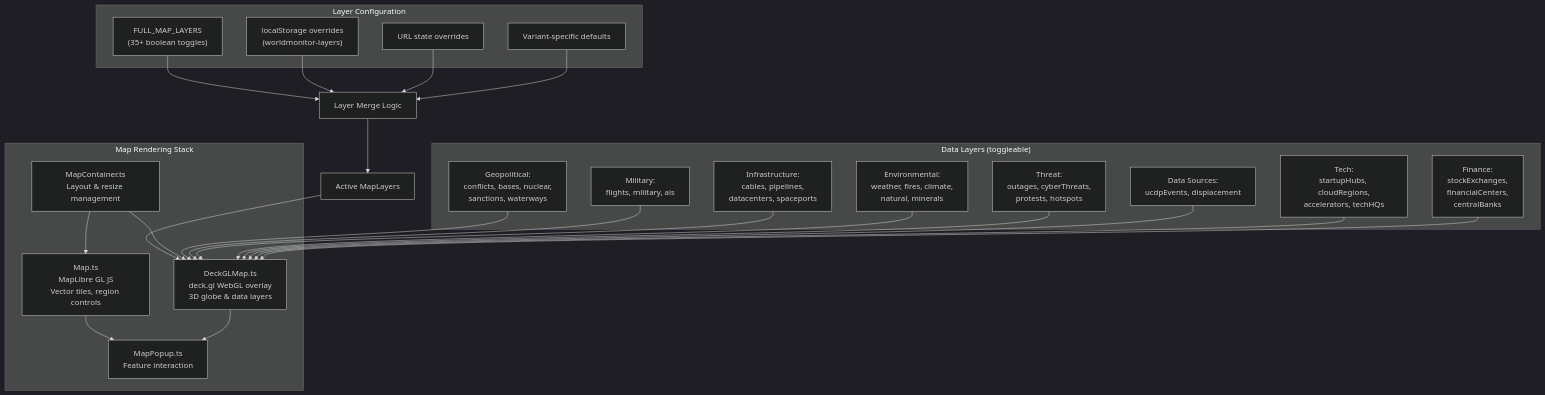
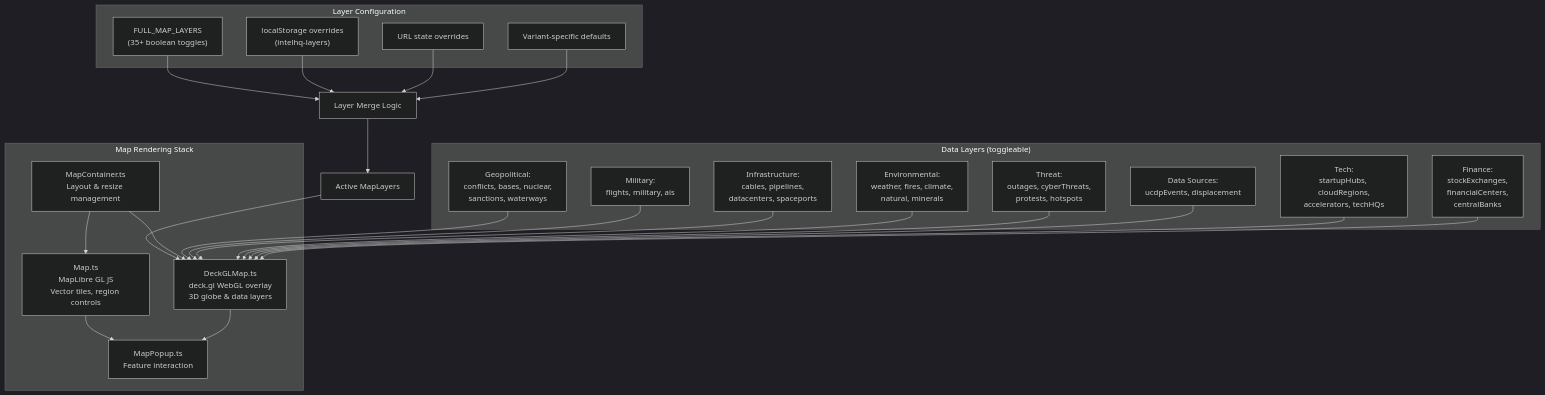
The fifth of 10 diagrams in docs/ARCHITECTURE.md (laikhtman/worldmonitor), drawn with Mermaid (dark theme) before and after one commit. The commit also changed other lines of this file and 90 other files, not shown here.

````diff
--- a/docs/ARCHITECTURE.md
+++ b/docs/ARCHITECTURE.md
@@ -409,48 +410,48 @@
 ```mermaid
 graph TD
     subgraph MapStack["Map Rendering Stack"]
         Container["MapContainer.ts<br/>Layout & resize management"]
         BaseMap["Map.ts<br/>MapLibre GL JS<br/>Vector tiles, region controls"]
         DeckGL["DeckGLMap.ts<br/>deck.gl WebGL overlay<br/>3D globe & data layers"]
         Popup["MapPopup.ts<br/>Feature interaction"]
     end
 
     subgraph LayerConfig["Layer Configuration"]
         Defaults["FULL_MAP_LAYERS<br/>(35+ boolean toggles)"]
-        UserPref["localStorage overrides<br/>(worldmonitor-layers)"]
+        UserPref["localStorage overrides<br/>(intelhq-layers)"]
         URLState["URL state overrides"]
         Variant["Variant-specific defaults"]
     end
 
     subgraph DataLayers["Data Layers (toggleable)"]
         Geo["Geopolitical:<br/>conflicts, bases, nuclear,<br/>sanctions, waterways"]
         Military["Military:<br/>flights, military, ais"]
         Infra["Infrastructure:<br/>cables, pipelines,<br/>datacenters, spaceports"]
         Environmental["Environmental:<br/>weather, fires, climate,<br/>natural, minerals"]
         Threat["Threat:<br/>outages, cyberThreats,<br/>protests, hotspots"]
         Data["Data Sources:<br/>ucdpEvents, displacement"]
         TechLayers["Tech:<br/>startupHubs, cloudRegions,<br/>accelerators, techHQs"]
         FinanceLayers["Finance:<br/>stockExchanges,<br/>financialCenters,<br/>centralBanks"]
     end
 
     Defaults --> Merge["Layer Merge Logic"]
     UserPref --> Merge
     URLState --> Merge
     Variant --> Merge
     Merge --> ActiveLayers["Active MapLayers"]
 
     ActiveLayers --> DeckGL
     Container --> BaseMap
     Container --> DeckGL
     BaseMap --> Popup
     DeckGL --> Popup
 
     Geo --> DeckGL
     Military --> DeckGL
     Infra --> DeckGL
     Environmental --> DeckGL
     Threat --> DeckGL
     Data --> DeckGL
     TechLayers --> DeckGL
     FinanceLayers --> DeckGL
 ```
````
